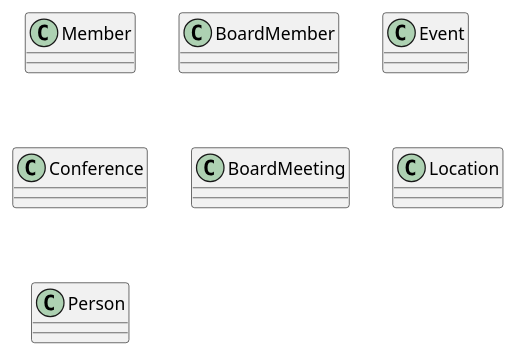
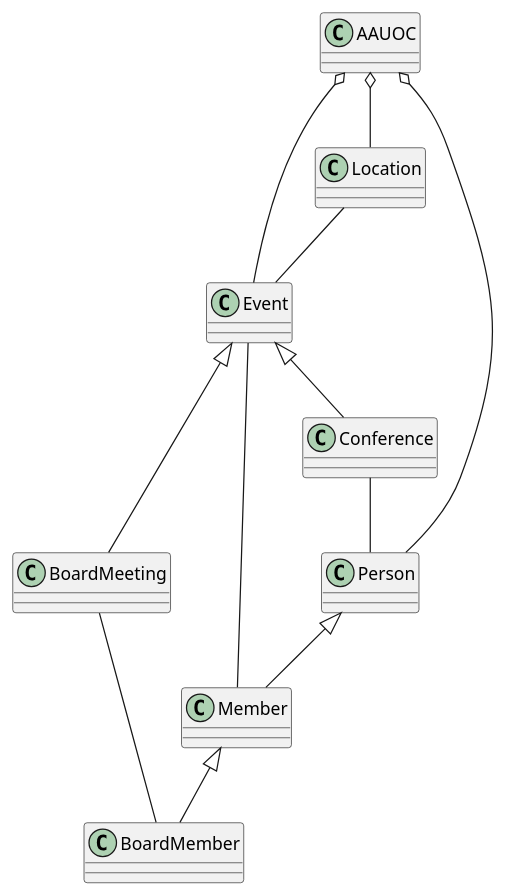
The diagram in src/UML_AlejandroVicente.puml (alexvc991/UMLClasesAlejandroVicente), drawn with PlantUML before and after one commit. The commit also changed 2 other files, not shown here.

```diff
--- a/src/UML_AlejandroVicente.puml
+++ b/src/UML_AlejandroVicente.puml
@@ -1,11 +1,19 @@
 @startuml
 
-class Member
-class BoardMember
-class Event
-class Conference
-class BoardMeeting
-class Location
-class Person
+Event <|-- Conference
+Event <|-- BoardMeeting
+
+Person <|-- Member
+Member <|-- BoardMember
+
+AAUOC o-- Location
+AAUOC o-- Event
+AAUOC o-- Person
+
+Location -- Event
+Event -- Member
+BoardMeeting -- BoardMember
+Conference -- Person
+
 
 @enduml
```
